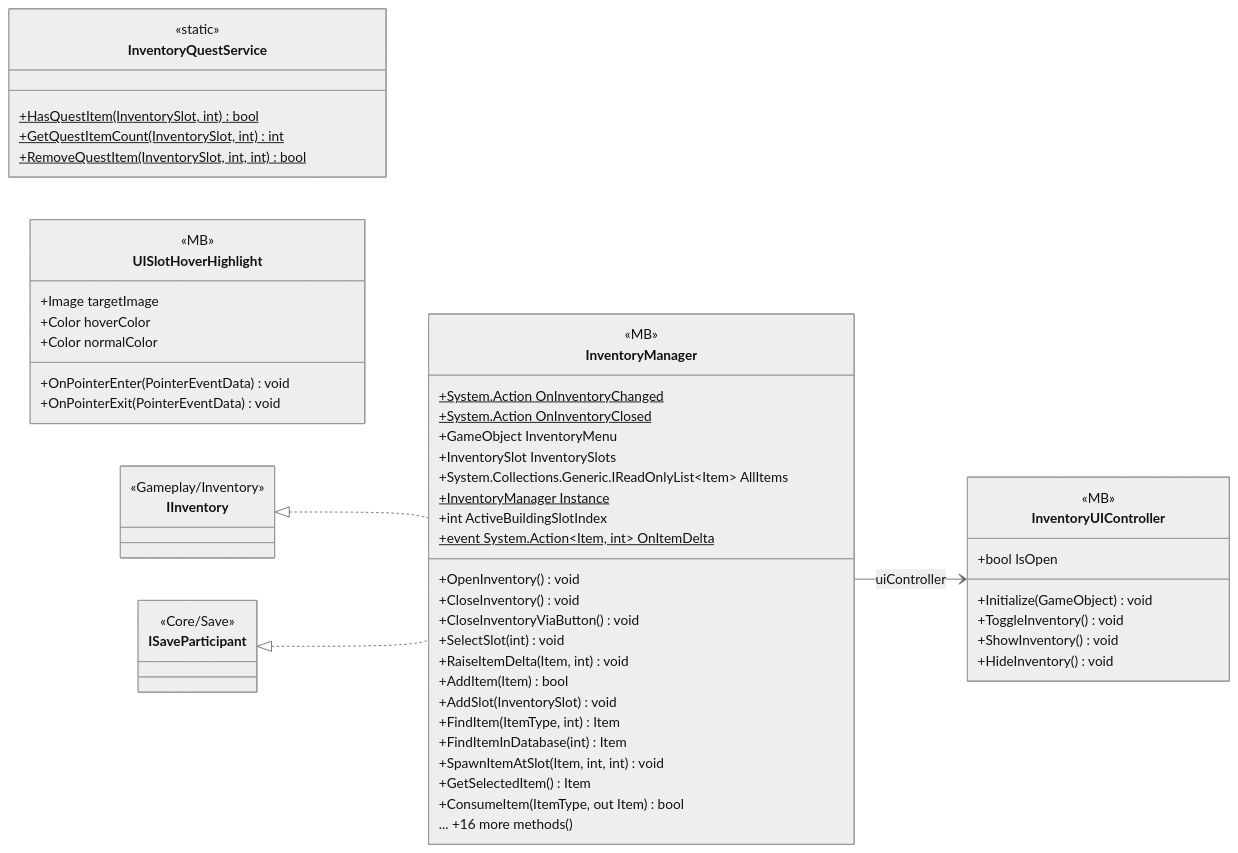
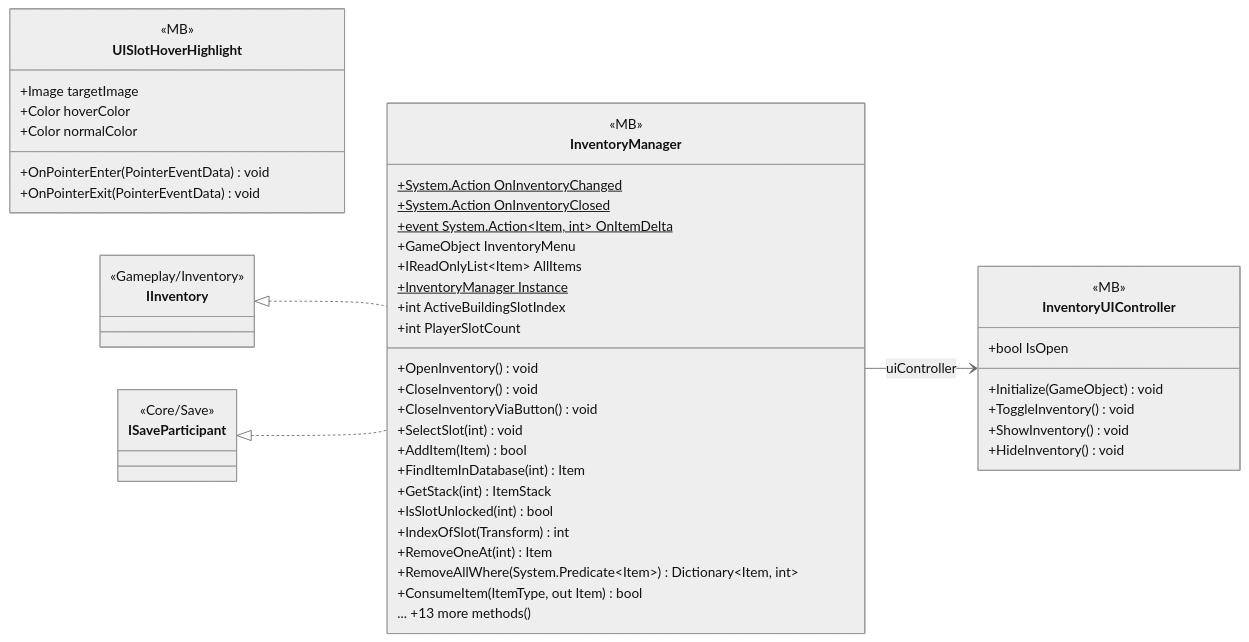
One commit to PhumipatWave/project-ocean changed the diagram in docs/uml/modules/UI_Inventory.md. Above: the diagram before and after it, drawn with Mermaid (neutral theme). The commit also changed other lines of this file and 304 other files, not shown here.

````diff
--- a/docs/uml/modules/UI_Inventory.md
+++ b/docs/uml/modules/UI_Inventory.md
@@ -7,59 +7,53 @@
 ```mermaid
 classDiagram
   direction LR
   class InventoryManager {
     <<MB>>
     +System.Action OnInventoryChanged$
     +System.Action OnInventoryClosed$
+    +event System.Action~Item, int~ OnItemDelta$
     +GameObject InventoryMenu
-    +InventorySlot InventorySlots
-    +System.Collections.Generic.IReadOnlyList~Item~ AllItems
+    +IReadOnlyList~Item~ AllItems
     +InventoryManager Instance$
     +int ActiveBuildingSlotIndex
-    +event System.Action~Item, int~ OnItemDelta$
+    +int PlayerSlotCount
     +OpenInventory() void
     +CloseInventory() void
     +CloseInventoryViaButton() void
     +SelectSlot(int) void
-    +RaiseItemDelta(Item, int) void
     +AddItem(Item) bool
-    +AddSlot(InventorySlot) void
-    +FindItem(ItemType, int) Item
     +FindItemInDatabase(int) Item
-    +SpawnItemAtSlot(Item, int, int) void
-    +GetSelectedItem() Item
+    +GetStack(int) ItemStack
+    +IsSlotUnlocked(int) bool
+    +IndexOfSlot(Transform) int
+    +RemoveOneAt(int) Item
+    +RemoveAllWhere(System.Predicate~Item~) Dictionary~Item, int~
     +ConsumeItem(ItemType, out Item) bool
-    ... +16 more methods()
-  }
-  class InventoryQuestService {
-    <<static>>
-    +HasQuestItem(InventorySlot, int)$ bool
-    +GetQuestItemCount(InventorySlot, int)$ int
-    +RemoveQuestItem(InventorySlot, int, int)$ bool
+    ... +13 more methods()
   }
   class InventoryUIController {
     <<MB>>
     +bool IsOpen
     +Initialize(GameObject) void
     +ToggleInventory() void
     +ShowInventory() void
     +HideInventory() void
   }
   class UISlotHoverHighlight {
     <<MB>>
     +Image targetImage
     +Color hoverColor
     +Color normalColor
     +OnPointerEnter(PointerEventData) void
     +OnPointerExit(PointerEventData) void
   }
   class IInventory {
     <<Gameplay/Inventory>>
   }
   class ISaveParticipant {
     <<Core/Save>>
   }
   IInventory <|.. InventoryManager
   ISaveParticipant <|.. InventoryManager
   InventoryManager --> InventoryUIController : uiController
 ```
````
